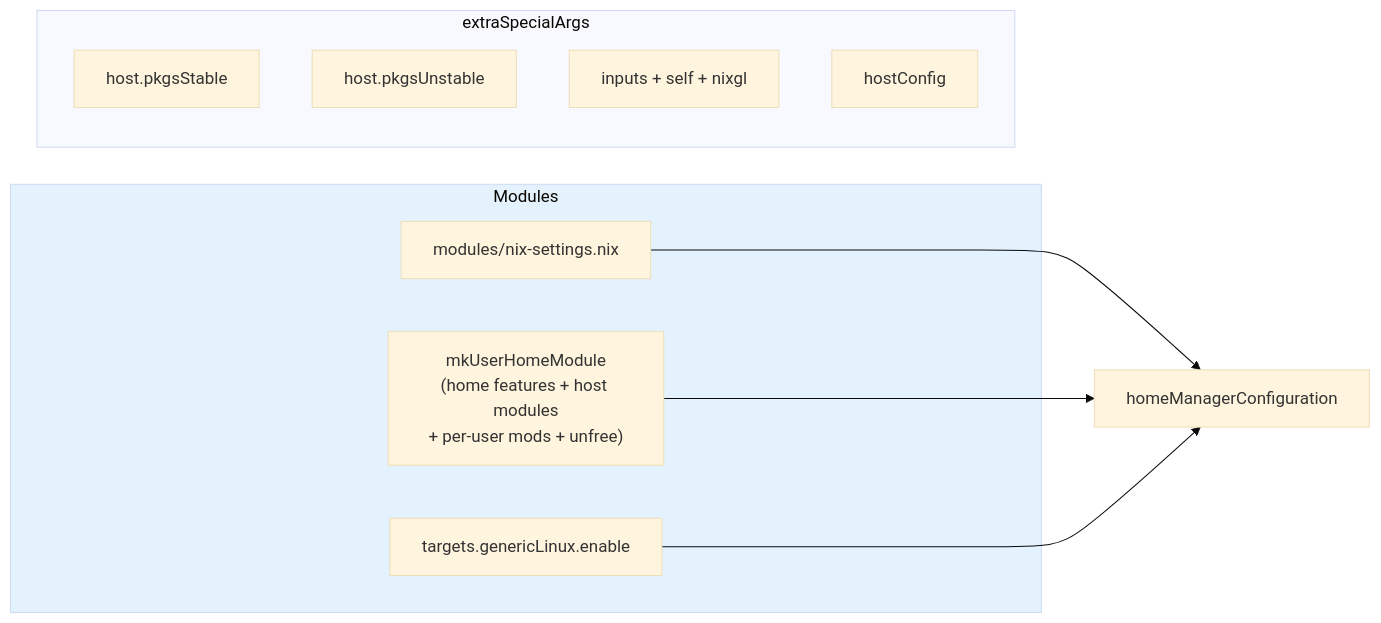
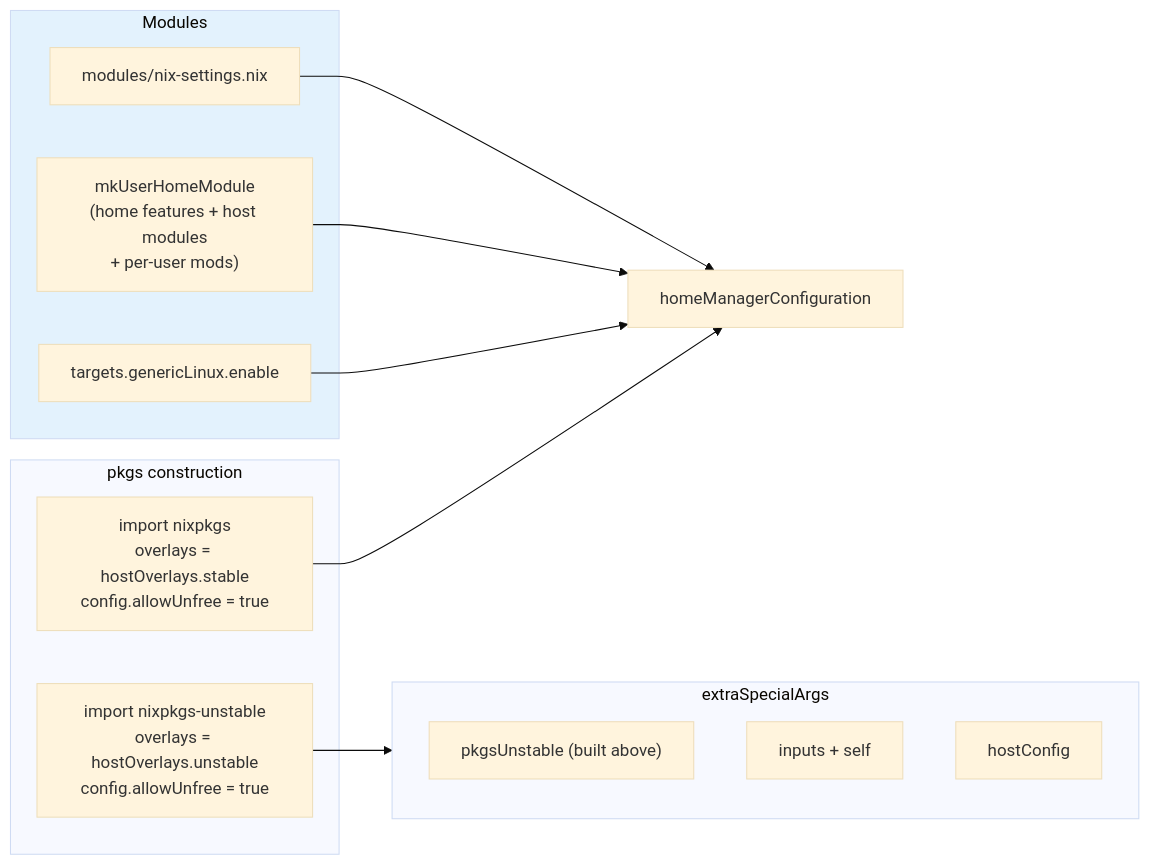
One commit to WombatFromHell/automatic-palm-tree changed the sixth of 8 diagrams in DESIGN.md. Above: the diagram before and after it, drawn with Mermaid (base theme). The commit also changed other lines of this file and 9 other files, not shown here.

Commit message:
Enhance and streamline how pkgs/pkgsUnstable and overlays are handled

````diff
--- a/DESIGN.md
+++ b/DESIGN.md
@@ -244,18 +251,23 @@
 ```mermaid
 flowchart LR
+    subgraph Pkgs["pkgs construction"]
+        stable["import nixpkgs\noverlays = hostOverlays.stable\nconfig.allowUnfree = true"]
+        unstable["import nixpkgs-unstable\noverlays = hostOverlays.unstable\nconfig.allowUnfree = true"]
+    end
     subgraph M["Modules"]
         nixSet["modules/nix-settings.nix"]
-        baseModule["mkUserHomeModule\n(home features + host modules\n+ per-user mods + unfree)"]
+        baseModule["mkUserHomeModule\n(home features + host modules\n+ per-user mods)"]
         generic["targets.genericLinux.enable"]
     end
     subgraph EA["extraSpecialArgs"]
-        pkgsStable["host.pkgsStable"]
-        pkgsUnstable["host.pkgsUnstable"]
-        inputs["inputs + self + nixgl"]
+        pkgsUnstable["pkgsUnstable (built above)"]
+        inputs["inputs + self"]
         hostConfig["hostConfig"]
     end
-    nixSet --> merged["homeManagerConfiguration"]
+    stable --> merged["homeManagerConfiguration"]
+    unstable --> EA
+    nixSet --> merged
     baseModule --> merged
     generic --> merged
     style M fill:#e3f2fd
 ```
````
